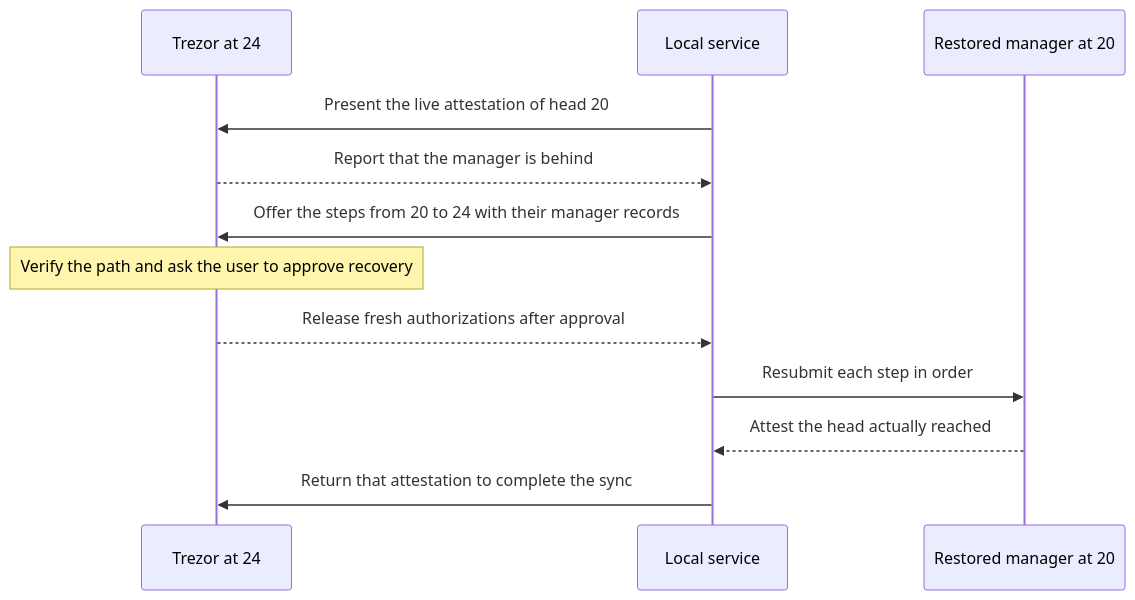
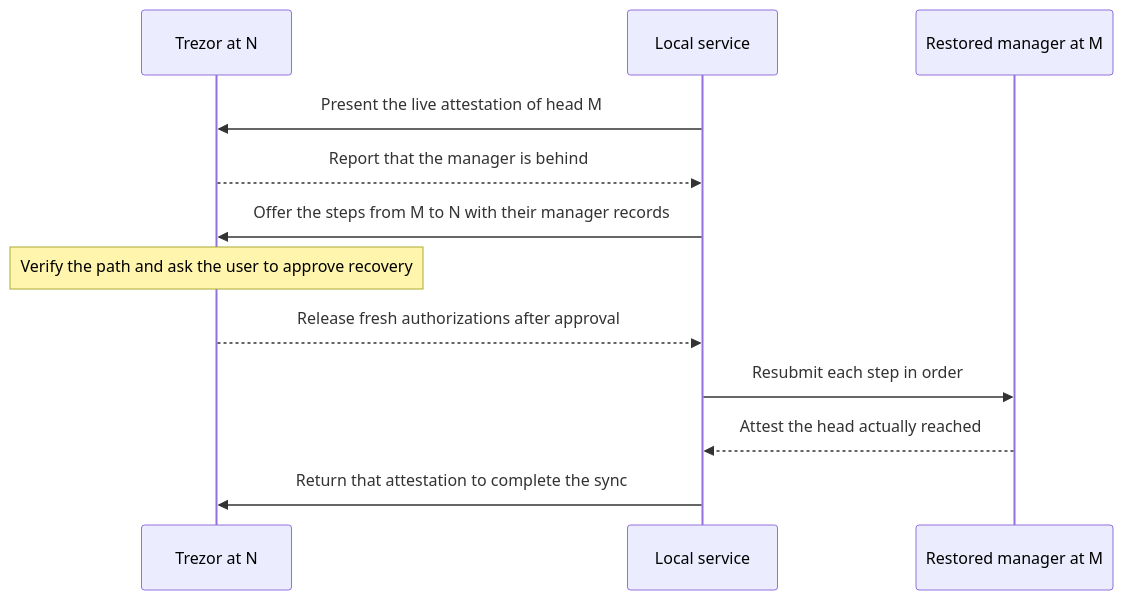
The diagram in docs/ward/ward_roll_forward.md (trezor/trezor-firmware), drawn with Mermaid before and after one commit. The commit also changed other lines of this file and 2 other files, not shown here.

Commit message:
docs(ward): use M < N instead of concrete counters in examples
The write, catch-up and roll-forward examples and their diagrams now
name heads M and N (M < N, and K between them for partial recovery).
The manager's diagram participant id is W so it does not read as M.

````diff
--- a/docs/ward/ward_roll_forward.md
+++ b/docs/ward/ward_roll_forward.md
@@ -7,14 +7,14 @@
 ```mermaid
 sequenceDiagram
-    participant T as Trezor at 24
+    participant T as Trezor at N
     participant H as Local service
-    participant M as Restored manager at 20
-    H->>T: Present the live attestation of head 20
+    participant W as Restored manager at M
+    H->>T: Present the live attestation of head M
     T-->>H: Report that the manager is behind
-    H->>T: Offer the steps from 20 to 24 with their manager records
+    H->>T: Offer the steps from M to N with their manager records
     Note over T: Verify the path and ask the user to approve recovery
     T-->>H: Release fresh authorizations after approval
-    H->>M: Resubmit each step in order
-    M-->>H: Attest the head actually reached
+    H->>W: Resubmit each step in order
+    W-->>H: Attest the head actually reached
     H->>T: Return that attestation to complete the sync
 ```
````
